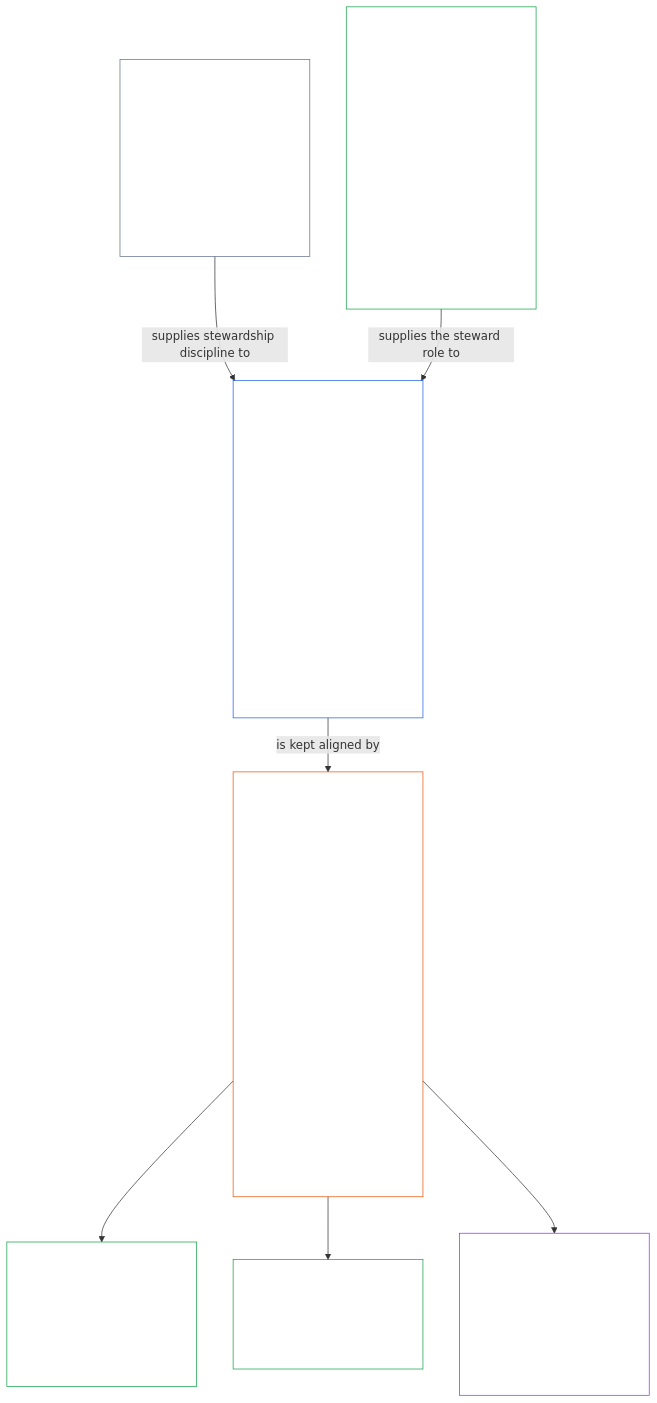
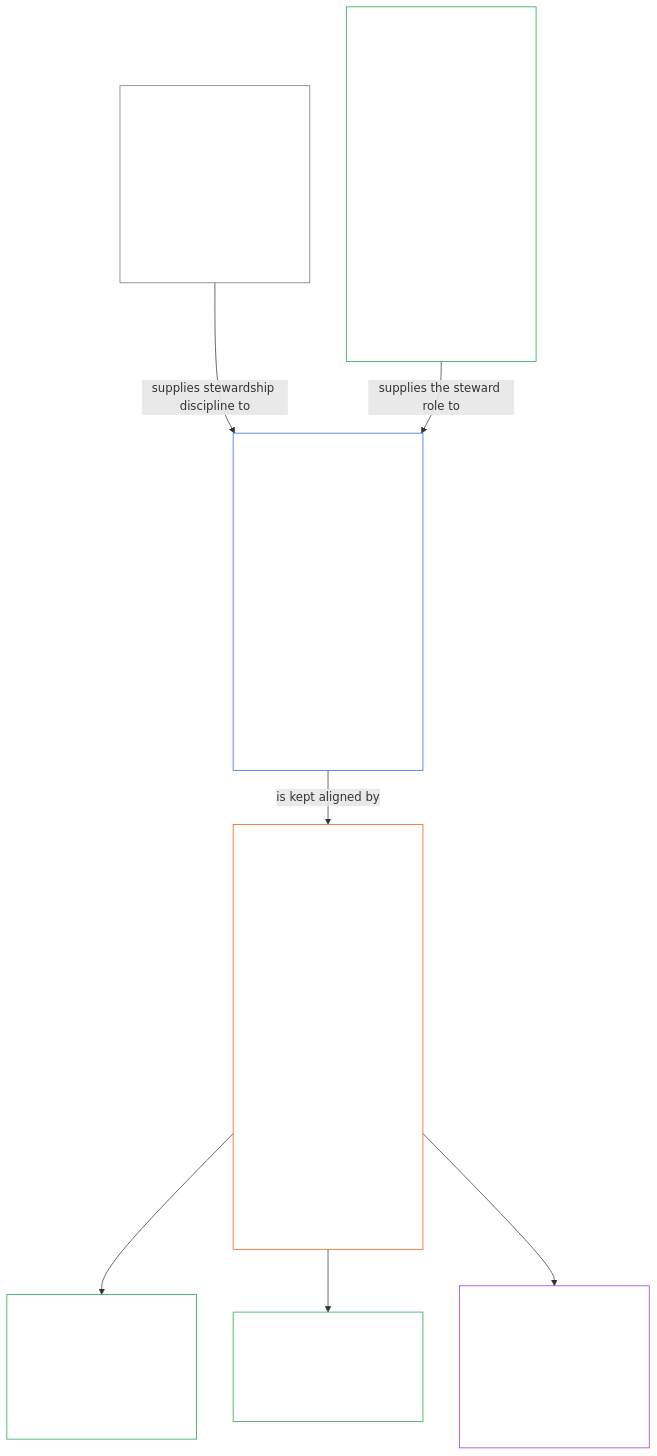
The second of 3 diagrams in core_01.040_stewardship_capacity_principles.md (kfoelsch/Sentient_Constitution), drawn with Mermaid before and after one commit. The commit also changed other lines of this file and 39 other files, not shown here.

````diff
--- a/core_01.040_stewardship_capacity_principles.md
+++ b/core_01.040_stewardship_capacity_principles.md
@@ -563,23 +565,23 @@
 ```mermaid
 flowchart TB
     S16["§16 Stewardship in Depth<br/><br/>• Pillar 1 made operational as a role (§17)<br/>• Governance and incentive discipline carried downstream (§18, §19)"]
-    S17["§17 Consequential Stewardship<br/><br/>• The steward role: who does the work<br/>• §17.1 Shared Stewardship Standard<br/>• §17.2 Alignment under Pressure<br/>• §17.3 Logging the Role, Not the Steward<br/>• §17.4 Aligned Self-Organization<br/>• §17.5 Duty to Resist<br/>• §17.6 Portable Competence"]
+    S17["§17 Consequential Stewardship<br/><br/>• The steward role: who does the work<br/>• §17.1 Shared Stewardship Standard<br/>• §17.2 Alignment under Pressure<br/>• §17.3 Logging the Role, Not the Steward<br/>• §17.4 Aligned Self-Organization<br/>• §17.5 Duty to Resist<br/>• §17.6 Portable Competence<br/>• §17.7 Duty to Represent Stakeholder Interests"]
     G18["§18 Governance under Stewardship Discipline<br/><br/>• Authority structures: who may decide what<br/>• §18.1 Governance as Authorized Structure<br/>• §18.2 Institutional Secularism and Worldview Neutrality<br/>• §18.3 Separation of Duties<br/>• §18.4 Ongoing Justification<br/>• §18.5 Modular Architecture and Dependency Discipline<br/>• §18.6 Standardization"]
     I19["§19 Incentive Alignment and System Capture<br/><br/>• Rewards: what pulls actors and structures<br/>• §19.1 Alignment Requirement<br/>• §19.2 Convenient Proxies and Proxy Divergence<br/>• §19.3 Misalignment Detection<br/>• §19.4 Misalignment Correction and Capture Response<br/>• §19.5 Contingent Claims, Games of Chance, and Event-Contract Markets<br/>• §19.6 Keeping Responsibility When Ownership or Structure Changes"]
     FL["Flourishing aim<br/><br/>• Sentient wellbeing sustained through truth, safety,<br/>trustworthiness, and meaningful agency"]
     CO["Continuity aim<br/><br/>• Long-horizon stability, sustainability, resilience,<br/>and ecological wellbeing"]
     TET["Constitutional Tetrad<br/><br/>• Participation, oversight, accountability, and timeliness<br/>• Scaled to material stake"]
     S16 -->|"supplies stewardship discipline to"| G18
     S17 -->|"supplies the steward role to"| G18
     G18 -->|"is kept aligned by"| I19
     I19 --> FL
     I19 --> CO
     I19 --> TET
     style S16 fill:none,stroke:#64748b,color:#ffffff
     style S17 fill:none,stroke:#16a34a,color:#ffffff
     style G18 fill:none,stroke:#2563eb,color:#ffffff
     style I19 fill:none,stroke:#ea580c,color:#ffffff
     style FL fill:none,stroke:#16a34a,color:#ffffff
     style CO fill:none,stroke:#16a34a,color:#ffffff
     style TET fill:none,stroke:#9333ea,color:#ffffff
 ```
````
